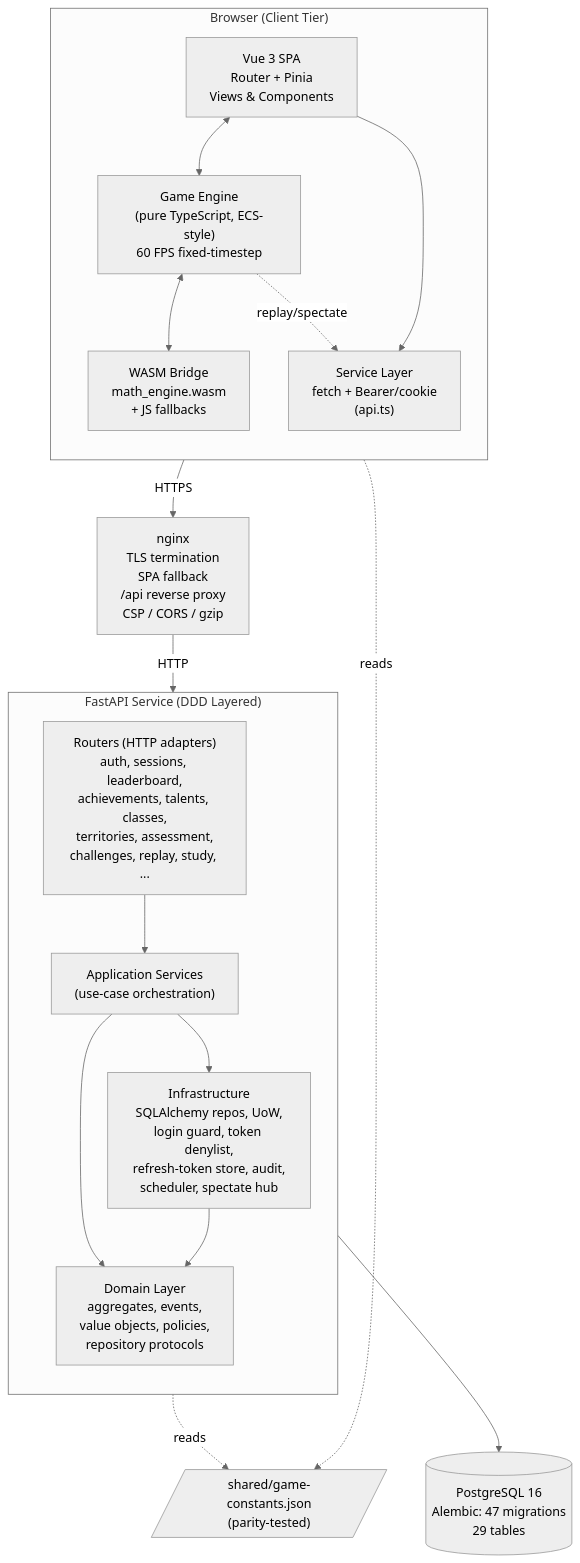
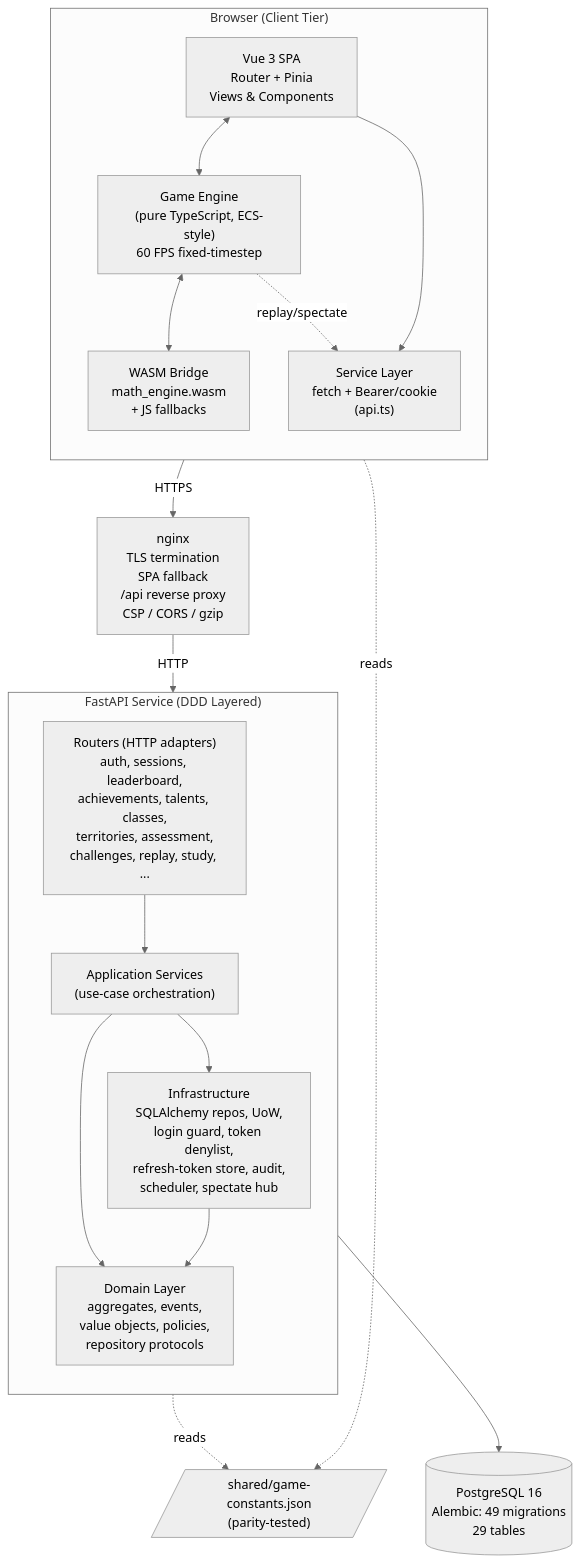
The first of 10 diagrams in ARCHITECTURE.md (2026-NTNU-Computer-Programming-II-POLS/Math-Defense), drawn with Mermaid (neutral theme) before and after one commit. The commit also changed other lines of this file and 10 other files, not shown here.

````diff
--- a/ARCHITECTURE.md
+++ b/ARCHITECTURE.md
@@ -39,36 +41,36 @@
 ```mermaid
 flowchart TB
     subgraph Client["Browser (Client Tier)"]
         direction TB
         SPA["Vue 3 SPA<br/>Router + Pinia<br/>Views & Components"]
         Engine["Game Engine<br/>(pure TypeScript, ECS-style)<br/>60 FPS fixed-timestep"]
         WASM["WASM Bridge<br/>math_engine.wasm<br/>+ JS fallbacks"]
         APIClient["Service Layer<br/>fetch + Bearer/cookie<br/>(api.ts)"]
         SPA <--> Engine
         Engine <--> WASM
         SPA --> APIClient
         Engine -.replay/spectate.-> APIClient
     end
 
     Nginx["nginx<br/>TLS termination<br/>SPA fallback<br/>/api reverse proxy<br/>CSP / CORS / gzip"]
 
     subgraph Backend["FastAPI Service (DDD Layered)"]
         direction TB
         Routers["Routers (HTTP adapters)<br/>auth, sessions, leaderboard,<br/>achievements, talents, classes,<br/>territories, assessment,<br/>challenges, replay, study, ..."]
         AppSvc["Application Services<br/>(use-case orchestration)"]
         Domain["Domain Layer<br/>aggregates, events,<br/>value objects, policies,<br/>repository protocols"]
         Infra["Infrastructure<br/>SQLAlchemy repos, UoW,<br/>login guard, token denylist,<br/>refresh-token store, audit,<br/>scheduler, spectate hub"]
         Routers --> AppSvc --> Domain
         AppSvc --> Infra
         Infra --> Domain
     end
 
-    DB[("PostgreSQL 16<br/>Alembic: 47 migrations<br/>29 tables")]
+    DB[("PostgreSQL 16<br/>Alembic: 49 migrations<br/>29 tables")]
     Shared[/"shared/game-constants.json<br/>(parity-tested)"/]
 
     Client -- HTTPS --> Nginx
     Nginx -- HTTP --> Routers
     Infra --> DB
     Engine -. reads .-> Shared
     Backend -. reads .-> Shared
 ```
````
